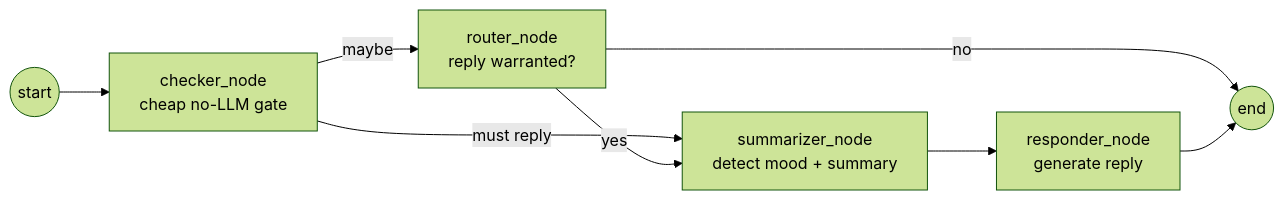
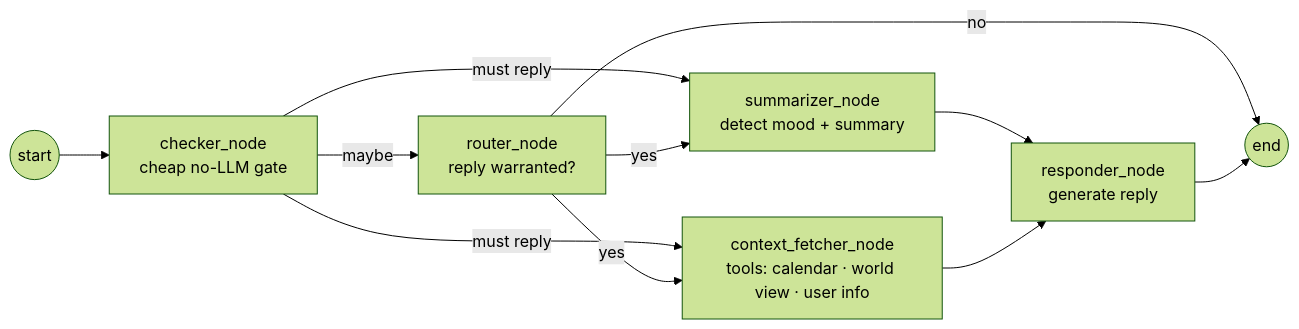
The second of 2 diagrams in README.md (GeneralR3d/Rachel), drawn with Mermaid (forest theme) before and after one commit. The commit also changed other lines of this file, not shown here.

````diff
--- a/README.md
+++ b/README.md
@@ -95,10 +108,13 @@
 ```mermaid
 flowchart LR
     START((start)) --> CHK[checker_node<br/>cheap no-LLM gate]
     CHK -->|must reply| SUM[summarizer_node<br/>detect mood + summary]
+    CHK -->|must reply| CTX[context_fetcher_node<br/>tools: calendar · world view · user info]
     CHK -->|maybe| RT[router_node<br/>reply warranted?]
     RT -->|no| E((end))
     RT -->|yes| SUM
+    RT -->|yes| CTX
     SUM --> RESP[responder_node<br/>generate reply]
+    CTX --> RESP
     RESP --> E
 ```
````
